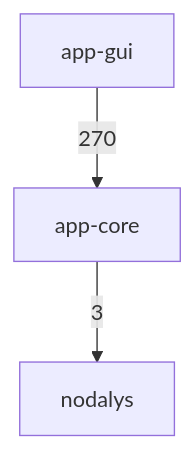
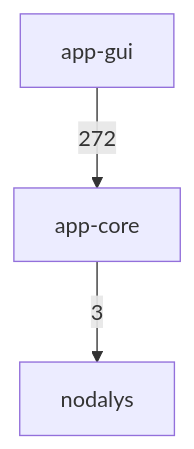
One commit to ronnymilleo/imcsim changed the first of 3 diagrams in docs/architecture.md. Above: the diagram before and after it, drawn with Mermaid. The commit also changed other lines of this file, not shown here.

Commit message:
Update architecture include diagram

````diff
--- a/docs/architecture.md
+++ b/docs/architecture.md
@@ -22,8 +22,8 @@
 ```mermaid
 flowchart TD
     app_gui[app-gui]
     app_core[app-core]
     nodalys[nodalys]
     app_core -->|3| nodalys
-    app_gui -->|270| app_core
+    app_gui -->|272| app_core
 ```
````
